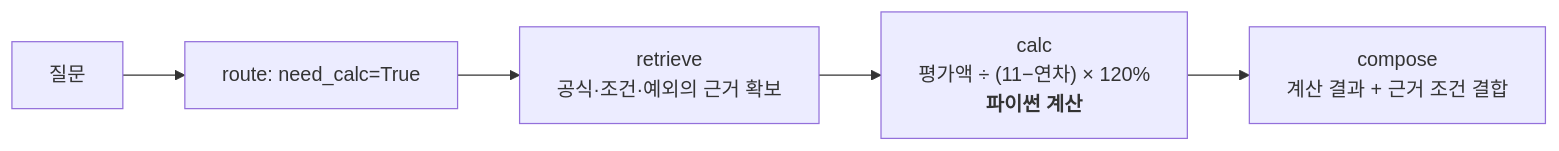
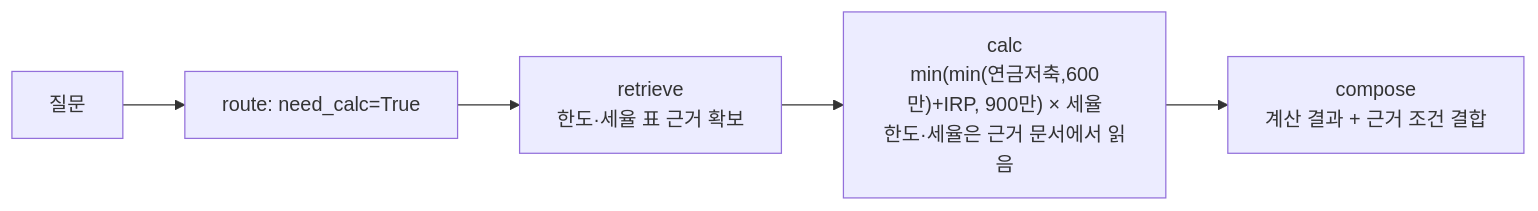
The fourth of 5 diagrams in 기술제안서.md (penguinnote/Mirae_Naver_MultiAgent), drawn with Mermaid before and after one commit. The commit also changed other lines of this file and 2 other files, not shown here.

````diff
--- a/기술제안서.md
+++ b/기술제안서.md
@@ -335,7 +333,7 @@
 ```mermaid
 flowchart LR
     A["질문"] --> B["route: need_calc=True"]
-    B --> C["retrieve<br/>공식·조건·예외의 근거 확보"]
-    C --> D["calc<br/>평가액 ÷ (11−연차) × 120%<br/><b>파이썬 계산</b>"]
+    B --> C["retrieve<br/>한도·세율 표 근거 확보"]
+    C --> D["calc<br/>min(min(연금저축,600만)+IRP, 900만) × 세율<br/>한도·세율은 근거 문서에서 읽음"]
     D --> E["compose<br/>계산 결과 + 근거 조건 결합"]
 ```
````
